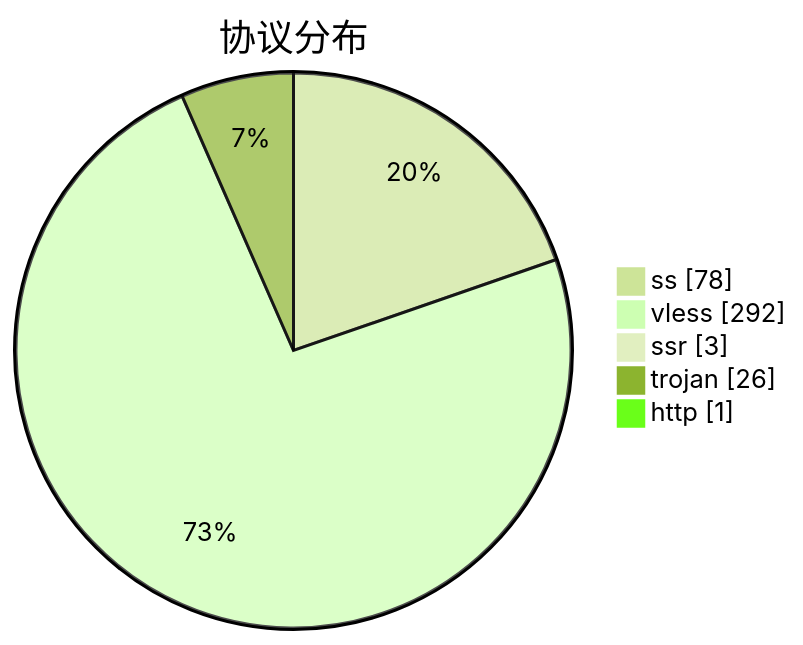
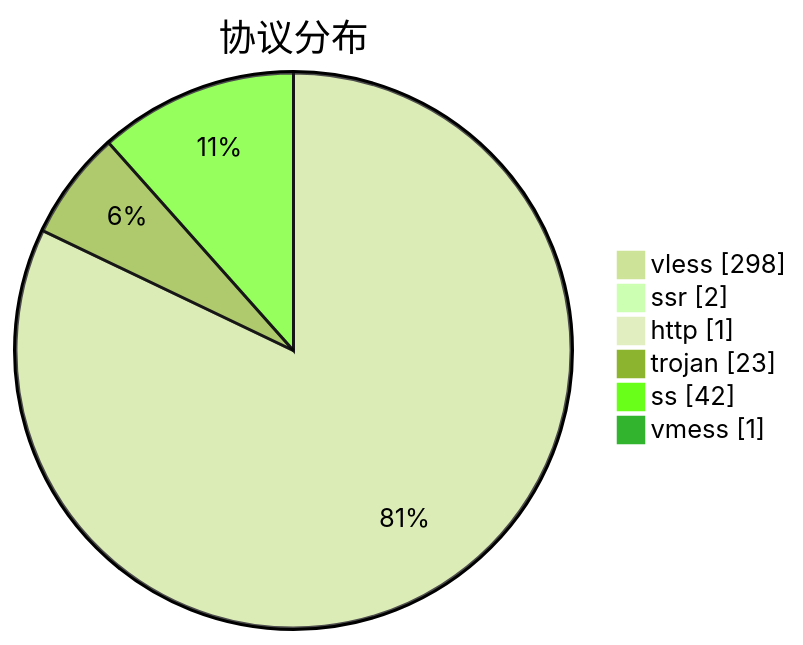
One commit to qjlxg/airport changed the third of 3 diagrams in subs/statistics/tested_within.md. Above: the diagram before and after it, drawn with Mermaid (forest theme). The commit also changed other lines of this file and 2 other files, not shown here.

````diff
--- a/subs/statistics/tested_within.md
+++ b/subs/statistics/tested_within.md
@@ -31,9 +33,10 @@
 ```mermaid
 pie showData
 title 协议分布
-"ss" : 78
-"vless" : 292
-"ssr" : 3
-"trojan" : 26
+"vless" : 298
+"ssr" : 2
 "http" : 1
+"trojan" : 23
+"ss" : 42
+"vmess" : 1
 ```
````
